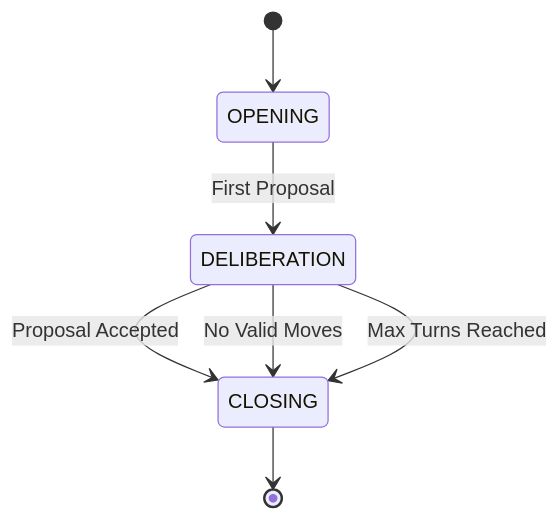
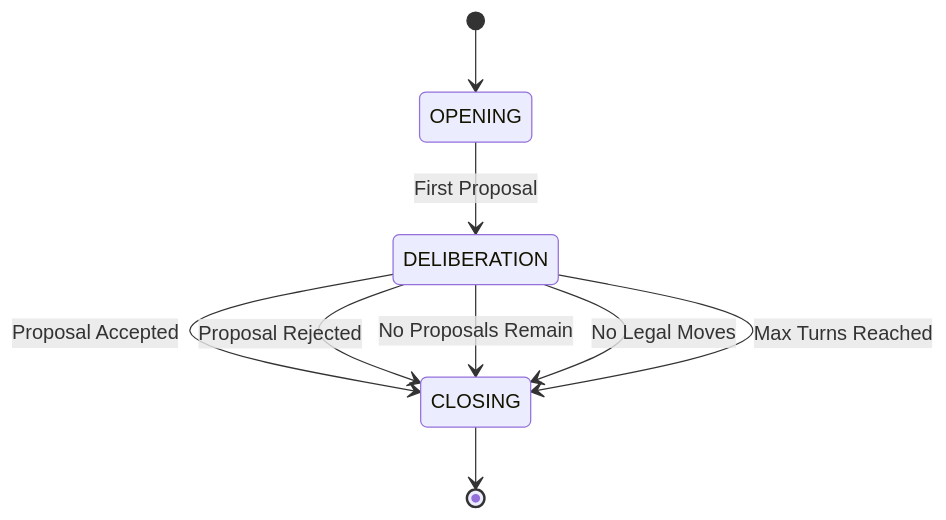
Before and after one commit to ewanblake/deliberation-games: the diagram in docs/dialogue-lifecycle.md, drawn with Mermaid.

Commit message:
Enhance dialogue lifecycle diagram with additional states

````diff
--- a/docs/dialogue-lifecycle.md
+++ b/docs/dialogue-lifecycle.md
@@ -1,15 +1,15 @@
 ```mermaid
 stateDiagram-v2
 
-[*] --> OPENING
+    [*] --> OPENING
 
-OPENING --> DELIBERATION : First Proposal
+    OPENING --> DELIBERATION : First Proposal
 
-DELIBERATION --> CLOSING : Proposal Accepted
+    DELIBERATION --> CLOSING : Proposal Accepted
+    DELIBERATION --> CLOSING : Proposal Rejected
+    DELIBERATION --> CLOSING : No Proposals Remain
+    DELIBERATION --> CLOSING : No Legal Moves
+    DELIBERATION --> CLOSING : Max Turns Reached
 
-DELIBERATION --> CLOSING : No Valid Moves
-
-DELIBERATION --> CLOSING : Max Turns Reached
-
-CLOSING --> [*]
+    CLOSING --> [*]
 ```
````
